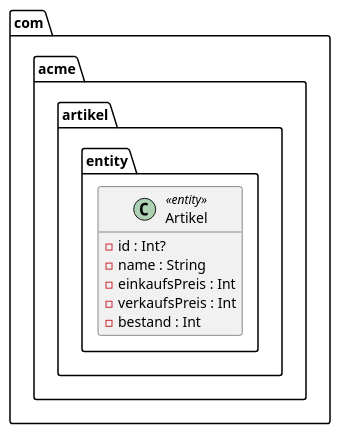
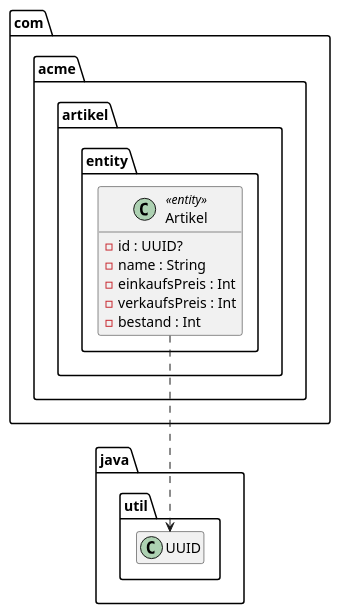
One commit to AlexanderStecknitz/Softwarearchitektur-Springframework changed the diagram in extras/doc/Artikel.puml. Above: the diagram before and after it, drawn with PlantUML. The commit also changed 4 other files, not shown here.

Commit message:
UPDATED PlantUMLs

```diff
--- a/extras/doc/Artikel.puml
+++ b/extras/doc/Artikel.puml
@@ -1,15 +1,21 @@
 @startuml
+
+package java.util {
+   class UUID
+}
 
 package com.acme.artikel.entity {
 
     class Artikel << entity >> {
-    - id : Int?
+    - id : UUID?
     - name : String
     - einkaufsPreis : Int
     - verkaufsPreis : Int
     - bestand : Int
     }
 
+    Artikel ..> UUID
 }
+
 hide empty members
 @enduml
```
